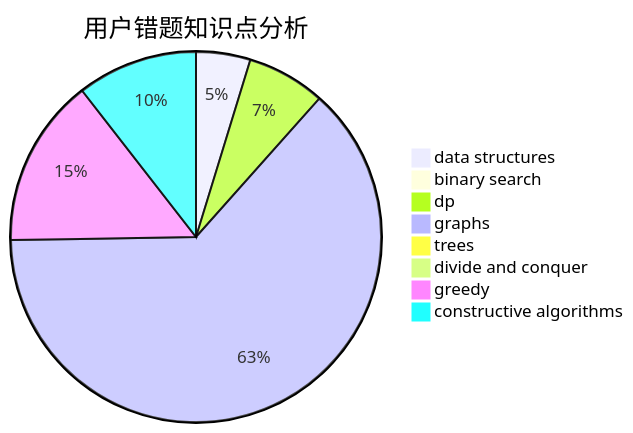
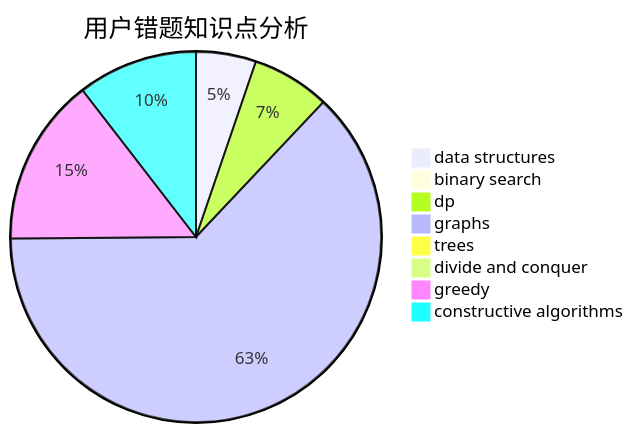
One commit to sherpahu/cfrs.github.io changed the third of 3 diagrams in docs/user/u1618.md. Above: the diagram before and after it, drawn with Mermaid. The commit also changed other lines of this file and 2770 other files, not shown here.

````diff
--- a/docs/user/u1618.md
+++ b/docs/user/u1618.md
@@ -36,11 +36,11 @@
 ```mermaid
 pie title 用户错题知识点分析
-    "data structures" :  9
+    "data structures" :  10
     "binary search" :  1
     "dp" :  13
     "graphs" :  120
     "trees" :  0
     "divide and conquer" :  0
     "greedy" :  28
     "constructive algorithms" :  20
 ```
````
